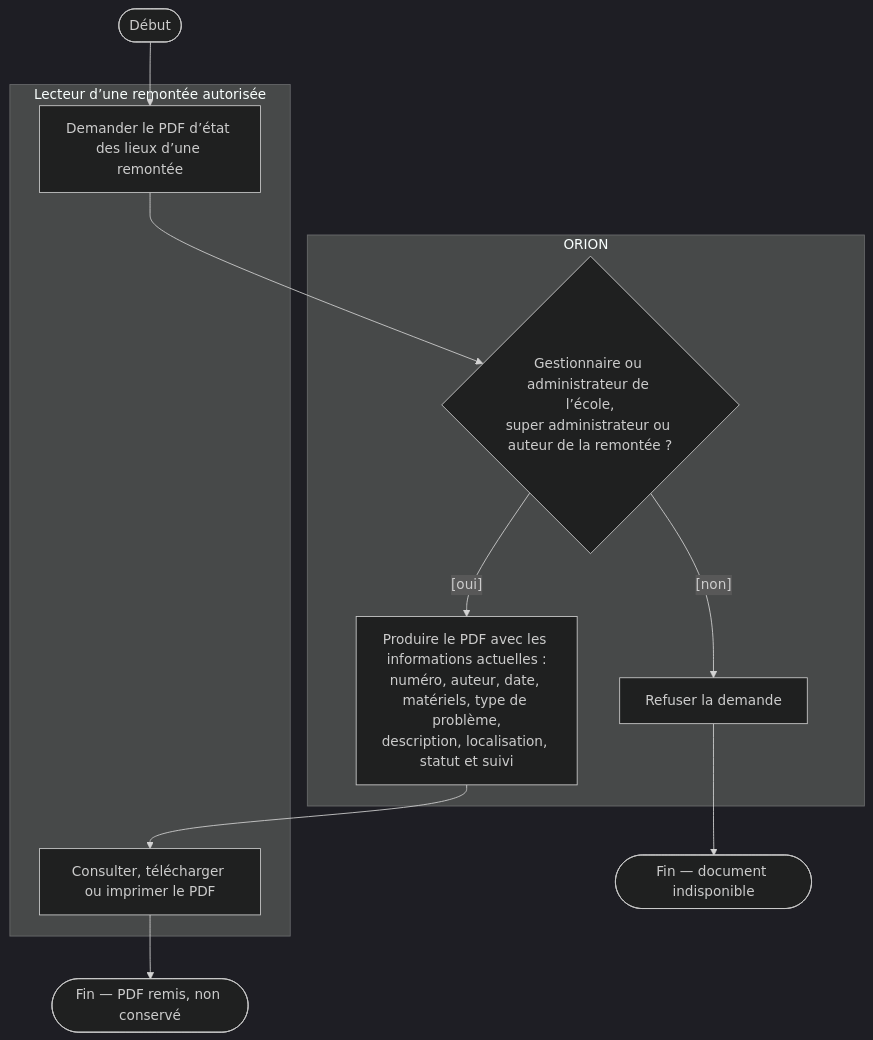
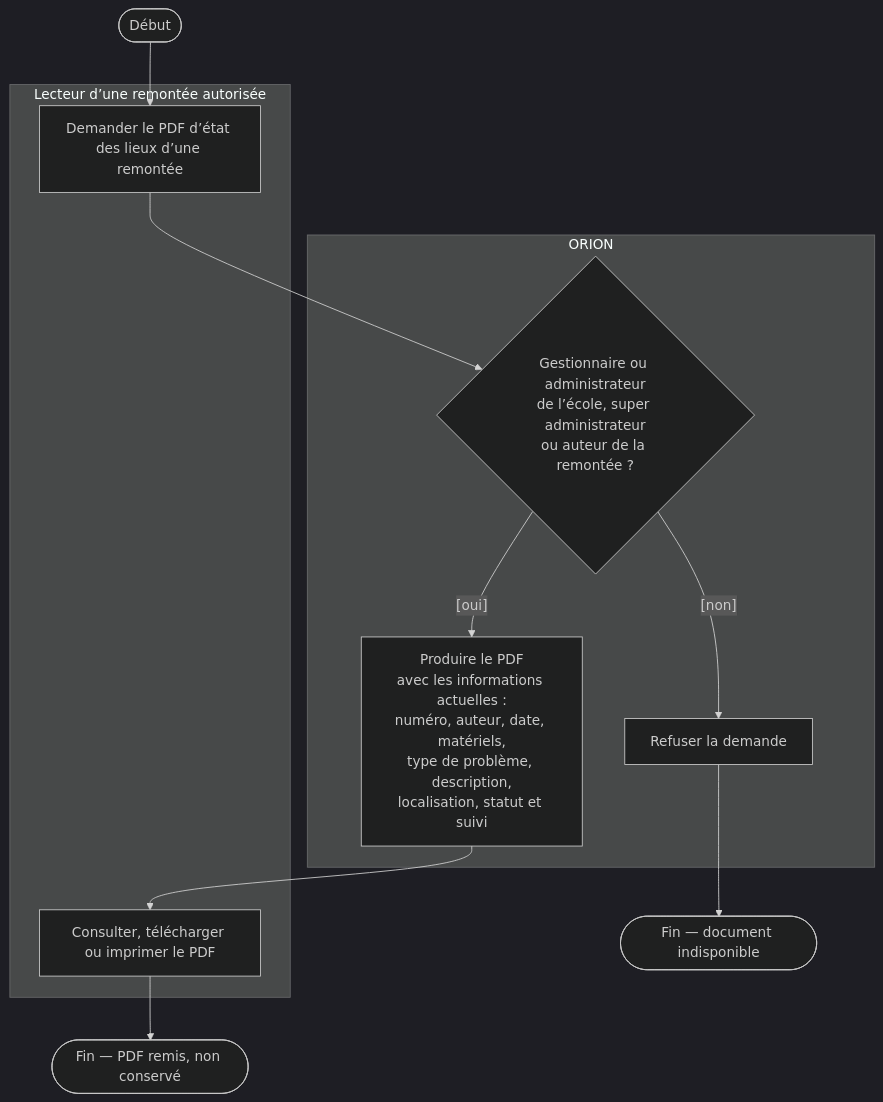
The tenth of 19 diagrams in docs/02-ANALYSE/02-CAPTURE-DES-BESOINS/08-DIAGRAMMES-ACTIVITE-CAS-UTILISATION.md (bpierrelouis/aster), drawn with Mermaid (dark theme) before and after one commit. The commit also changed other lines of this file and 34 other files, not shown here.

First line of the commit message:
docs(diagrammes): aligner les diagrammes UML sur le code et les remettre en page

````diff
--- a/docs/02-ANALYSE/02-CAPTURE-DES-BESOINS/08-DIAGRAMMES-ACTIVITE-CAS-UTILISATION.md
+++ b/docs/02-ANALYSE/02-CAPTURE-DES-BESOINS/08-DIAGRAMMES-ACTIVITE-CAS-UTILISATION.md
@@ -326,21 +344,21 @@
 ```mermaid
 flowchart TD
     debut(["Début"])
     fin(["Fin — PDF remis, non conservé"])
     finRefus(["Fin — document indisponible"])
 
     subgraph ACTEUR["Lecteur d’une remontée autorisée"]
         demander["Demander le PDF d’état des lieux d’une remontée"]
         lire["Consulter, télécharger ou imprimer le PDF"]
     end
 
     subgraph SYSTEME["ORION"]
-        droit{"Gestionnaire ou administrateur de l’école,<br/>super administrateur ou auteur de la remontée ?"}
-        produire["Produire le PDF avec les informations actuelles :<br/>numéro, auteur, date, matériels, type de problème,<br/>description, localisation, statut et suivi"]
+        droit{"Gestionnaire ou administrateur<br/>de l’école, super administrateur<br/>ou auteur de la remontée ?"}
+        produire["Produire le PDF<br/>avec les informations actuelles :<br/>numéro, auteur, date, matériels,<br/>type de problème, description,<br/>localisation, statut et suivi"]
         refuser["Refuser la demande"]
     end
 
     debut --> demander --> droit
     droit -->|"[non]"| refuser --> finRefus
     droit -->|"[oui]"| produire --> lire --> fin
 ```
````
